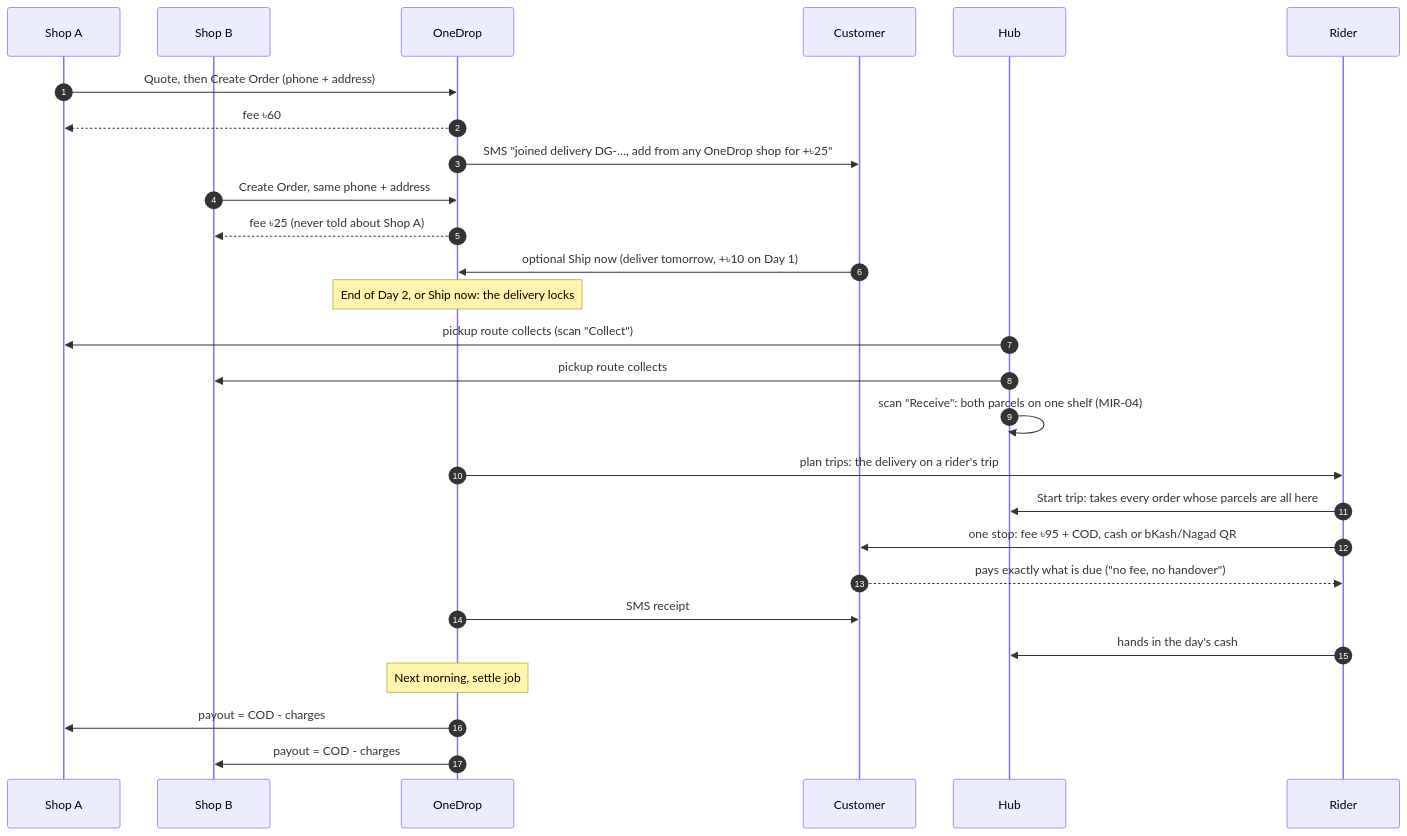
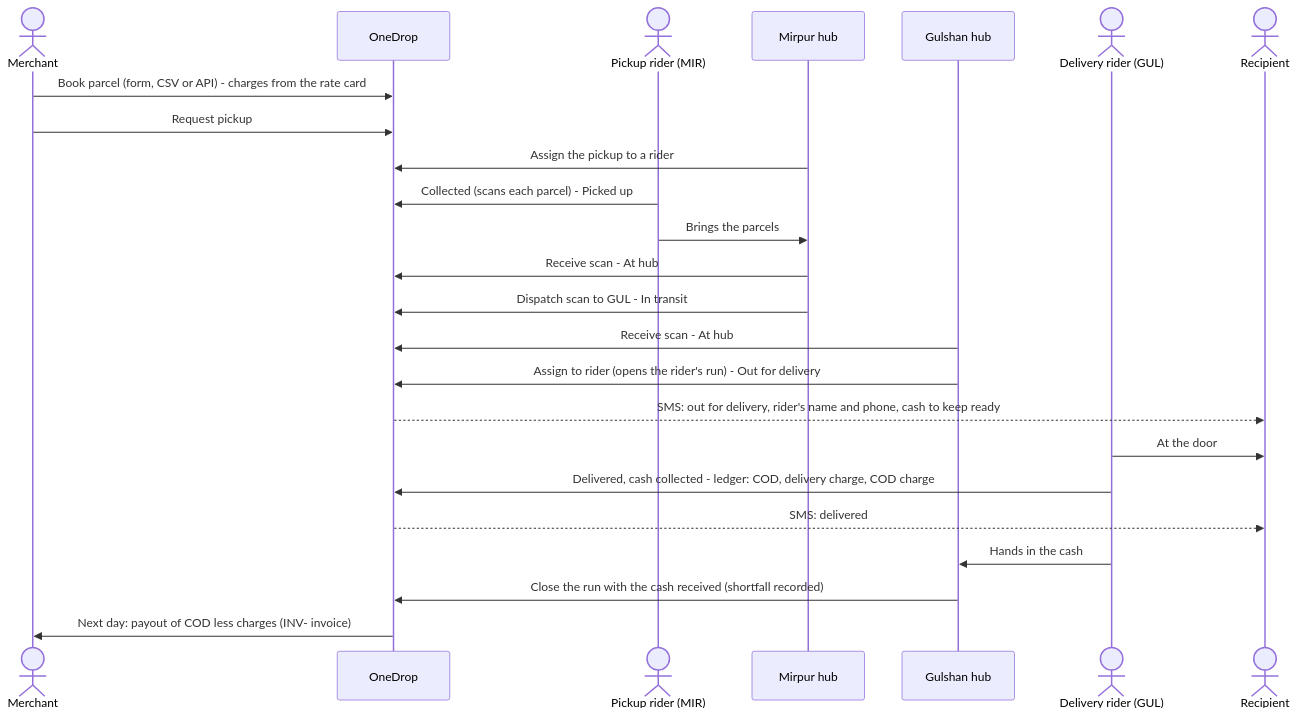
One commit to talha33177net-eng/OneDrop-Courier-Service-Project- changed the second of 6 diagrams in Documentation/Architecture.md. Above: the diagram before and after it, drawn with Mermaid. The commit also changed other lines of this file and 461 other files, not shown here.

First line of the commit message:
Rebuild as a traditional courier: parcels, hubs, riders, COD ledger and next-day payouts

````diff
--- a/Documentation/Architecture.md
+++ b/Documentation/Architecture.md
@@ -71,30 +68,27 @@
 ```mermaid
 sequenceDiagram
-    autonumber
-    participant A as Shop A
-    participant B as Shop B
-    participant OD as OneDrop
-    participant C as Customer
-    participant H as Hub
-    participant R as Rider
+    actor M as Merchant
+    participant App as OneDrop
+    actor PR as Pickup rider (MIR)
+    participant MIR as Mirpur hub
+    participant GUL as Gulshan hub
+    actor DR as Delivery rider (GUL)
+    actor R as Recipient
 
-    A->>OD: Quote, then Create Order (phone + address)
-    OD-->>A: fee ৳60
-    OD->>C: SMS "joined delivery DG-…, add from any OneDrop shop for +৳25"
-    B->>OD: Create Order, same phone + address
-    OD-->>B: fee ৳25 (never told about Shop A)
-    C->>OD: optional Ship now (deliver tomorrow, +৳10 on Day 1)
-    Note over OD: End of Day 2, or Ship now: the delivery locks
-    H->>A: pickup route collects (scan "Collect")
-    H->>B: pickup route collects
-    H->>H: scan "Receive": both parcels on one shelf (MIR-04)
-    OD->>R: plan trips: the delivery on a rider's trip
-    R->>H: Start trip: takes every order whose parcels are all here
-    R->>C: one stop: fee ৳95 + COD, cash or bKash/Nagad QR
-    C-->>R: pays exactly what is due ("no fee, no handover")
-    OD->>C: SMS receipt
-    R->>H: hands in the day's cash
-    Note over OD: Next morning, settle job
-    OD->>A: payout = COD - charges
-    OD->>B: payout = COD - charges
+    M->>App: Book parcel (form, CSV or API) - charges from the rate card
+    M->>App: Request pickup
+    MIR->>App: Assign the pickup to a rider
+    PR->>App: Collected (scans each parcel) - Picked up
+    PR->>MIR: Brings the parcels
+    MIR->>App: Receive scan - At hub
+    MIR->>App: Dispatch scan to GUL - In transit
+    GUL->>App: Receive scan - At hub
+    GUL->>App: Assign to rider (opens the rider's run) - Out for delivery
+    App-->>R: SMS: out for delivery, rider's name and phone, cash to keep ready
+    DR->>R: At the door
+    DR->>App: Delivered, cash collected - ledger: COD, delivery charge, COD charge
+    App-->>R: SMS: delivered
+    DR->>GUL: Hands in the cash
+    GUL->>App: Close the run with the cash received (shortfall recorded)
+    App->>M: Next day: payout of COD less charges (INV- invoice)
 ```
````
